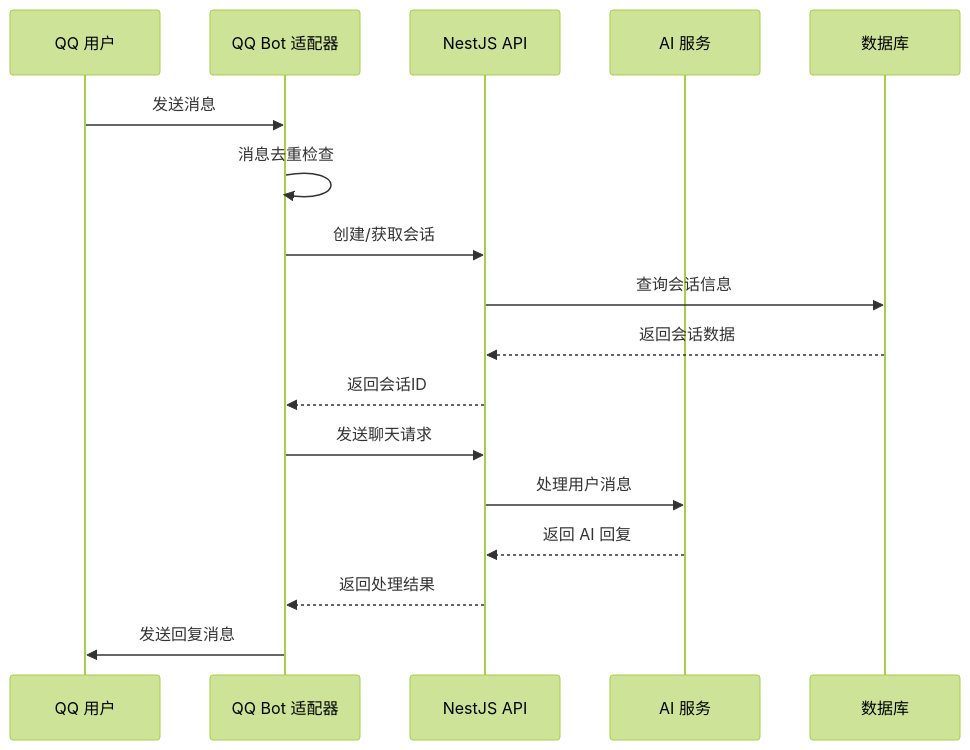
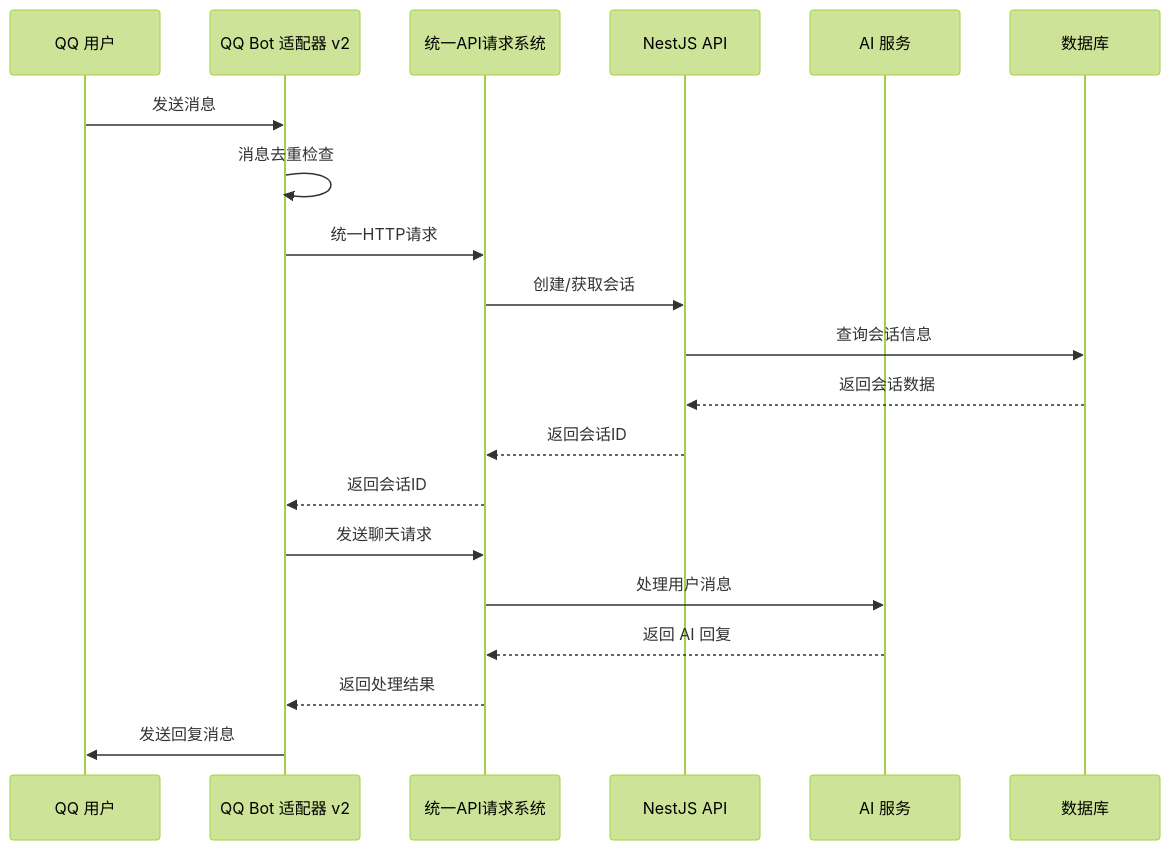
One commit to L1mingyoung/ex changed the second of 9 diagrams in .qoder/repowiki/zh/content/多平台适配器/QQ Bot 集成指南.md. Above: the diagram before and after it, drawn with Mermaid (forest theme). The commit also changed other lines of this file and 13 other files, not shown here.

````diff
--- a/.qoder/repowiki/zh/content/多平台适配器/QQ Bot 集成指南.md
+++ b/.qoder/repowiki/zh/content/多平台适配器/QQ Bot 集成指南.md
@@ -113,19 +132,22 @@
 ```mermaid
 sequenceDiagram
 participant User as QQ 用户
-participant Bot as QQ Bot 适配器
+participant Bot as QQ Bot 适配器 v2
+participant UnifiedAPI as 统一API请求系统
 participant API as NestJS API
 participant LLM as AI 服务
 participant DB as 数据库
 User->>Bot : 发送消息
 Bot->>Bot : 消息去重检查
-Bot->>API : 创建/获取会话
+Bot->>UnifiedAPI : 统一HTTP请求
+UnifiedAPI->>API : 创建/获取会话
 API->>DB : 查询会话信息
 DB-->>API : 返回会话数据
-API-->>Bot : 返回会话ID
-Bot->>API : 发送聊天请求
-API->>LLM : 处理用户消息
-LLM-->>API : 返回 AI 回复
-API-->>Bot : 返回处理结果
+API-->>UnifiedAPI : 返回会话ID
+UnifiedAPI-->>Bot : 返回会话ID
+Bot->>UnifiedAPI : 发送聊天请求
+UnifiedAPI->>LLM : 处理用户消息
+LLM-->>UnifiedAPI : 返回 AI 回复
+UnifiedAPI-->>Bot : 返回处理结果
 Bot->>User : 发送回复消息
 ```
````
